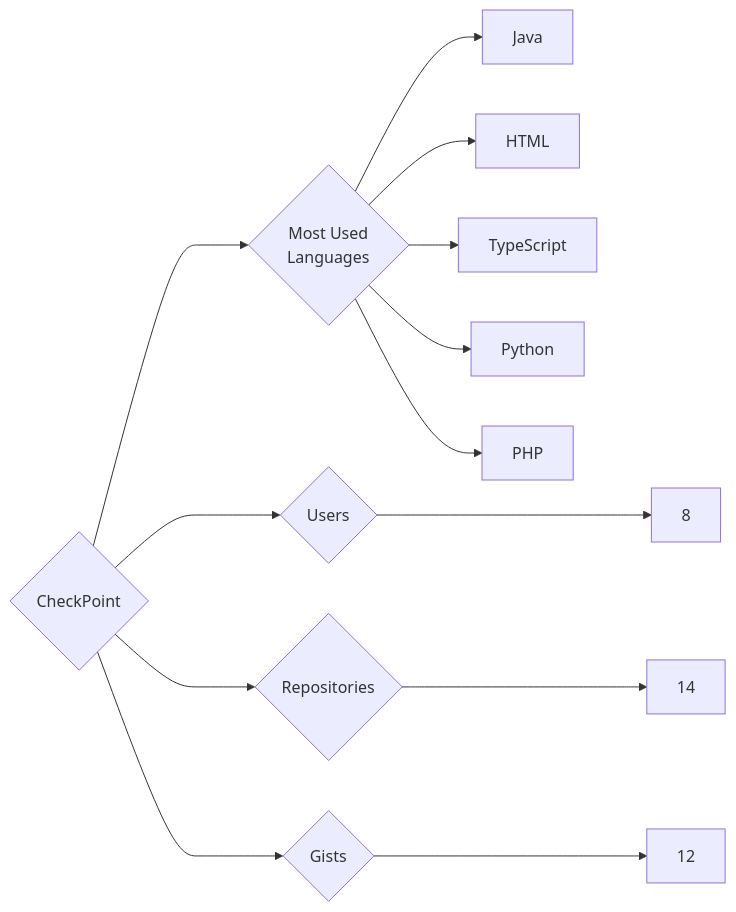
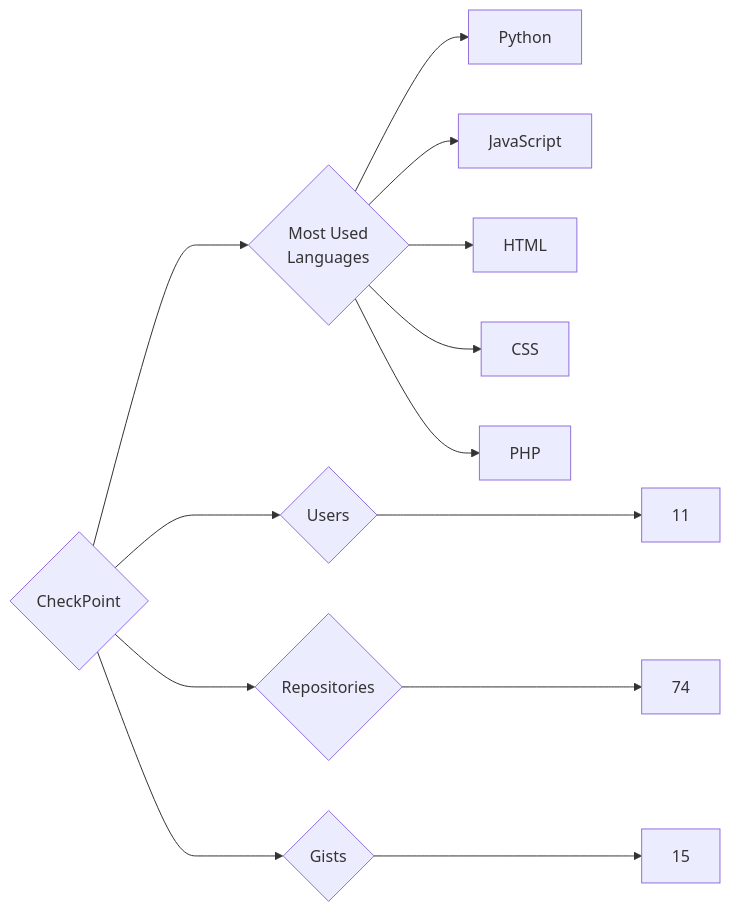
One commit to trickest/insiders changed the diagram in targets/CheckPoint/README.md. Above: the diagram before and after it, drawn with Mermaid. The commit also changed 1212 other files, not shown here.

````diff
--- a/targets/CheckPoint/README.md
+++ b/targets/CheckPoint/README.md
@@ -3,13 +3,13 @@
 ```mermaid
 graph LR
 COMPANY_NAME{CheckPoint}
-COMPANY_NAME ---> U{Users} ---> UN[8]
-COMPANY_NAME ---> R{Repositories} ---> RN[14]
-COMPANY_NAME ---> G{Gists} ---> GN[12]
+COMPANY_NAME ---> U{Users} ---> UN[11]
+COMPANY_NAME ---> R{Repositories} ---> RN[74]
+COMPANY_NAME ---> G{Gists} ---> GN[15]
 COMPANY_NAME ---> ML{Most Used<br>Languages}
-ML --> Java[Java]
+ML --> Python[Python]
+ML --> JavaScript[JavaScript]
 ML --> HTML[HTML]
-ML --> TypeScript[TypeScript]
-ML --> Python[Python]
+ML --> CSS[CSS]
 ML --> PHP[PHP]
 ```
````
